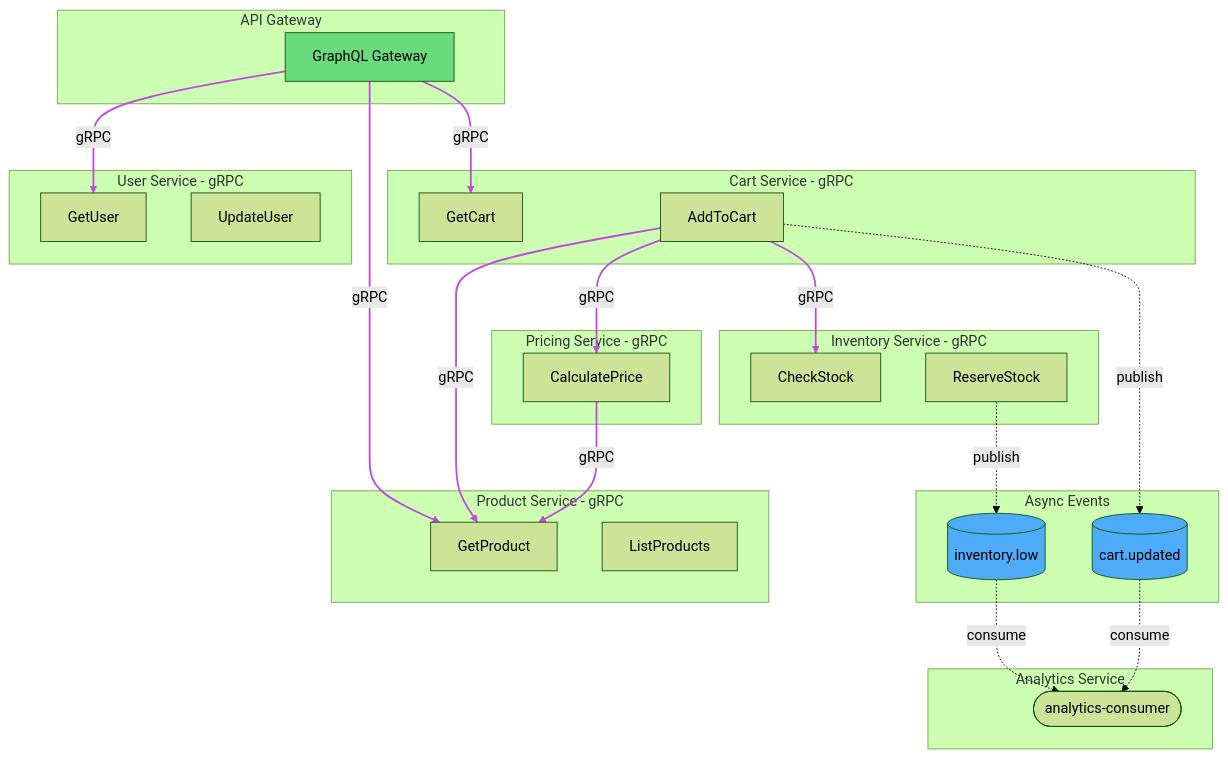
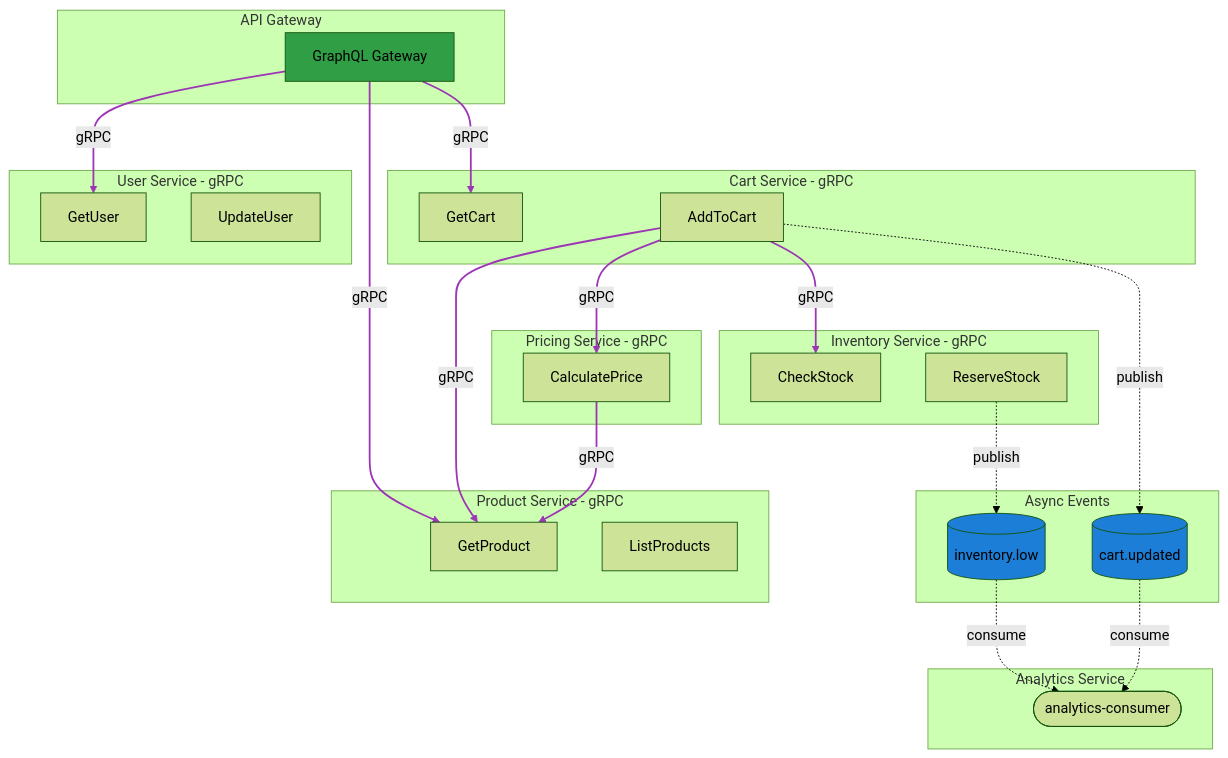
The third of 5 diagrams in examples/service-flow.md (selimabeniacar/gemini-skills), drawn with Mermaid (forest theme) before and after one commit. The commit also changed other lines of this file and 6 other files, not shown here.

Commit message:
Add /flow skill for generating flow diagrams

````diff
--- a/examples/service-flow.md
+++ b/examples/service-flow.md
@@ -204,60 +204,60 @@
 ```mermaid
 flowchart TD
-    subgraph Gateway [API Gateway]
+    subgraph gateway ["API Gateway"]
         GW[GraphQL Gateway]
     end
 
-    subgraph UserService [User Service - gRPC]
+    subgraph user-service ["User Service - gRPC"]
         U1[GetUser]
         U2[UpdateUser]
     end
 
-    subgraph ProductService [Product Service - gRPC]
+    subgraph product-service ["Product Service - gRPC"]
         PR1[GetProduct]
         PR2[ListProducts]
     end
 
-    subgraph CartService [Cart Service - gRPC]
+    subgraph cart-service ["Cart Service - gRPC"]
         CA1[GetCart]
         CA2[AddToCart]
     end
 
-    subgraph PricingService [Pricing Service - gRPC]
+    subgraph pricing-service ["Pricing Service - gRPC"]
         PI1[CalculatePrice]
     end
 
-    subgraph InventoryService [Inventory Service - gRPC]
+    subgraph inventory-service ["Inventory Service - gRPC"]
         IN1[CheckStock]
         IN2[ReserveStock]
     end
 
-    subgraph Kafka [Async Events]
+    subgraph kafka ["Async Events"]
         T1[(cart.updated)]
         T2[(inventory.low)]
     end
 
-    subgraph Analytics [Analytics Service]
+    subgraph analytics ["Analytics Service"]
         A1([analytics-consumer])
     end
 
     %% ALL gRPC calls are SYNC - use ==>
     GW ==>|gRPC| U1
     GW ==>|gRPC| PR1
     GW ==>|gRPC| CA1
     CA2 ==>|gRPC| PR1
     CA2 ==>|gRPC| PI1
     CA2 ==>|gRPC| IN1
     PI1 ==>|gRPC| PR1
 
     %% Async events - use -.->
     CA2 -.->|publish| T1
     IN2 -.->|publish| T2
     T1 -.->|consume| A1
     T2 -.->|consume| A1
 
     %% Styling
-    style GW fill:#69db7c
-    style T1 fill:#4dabf7
-    style T2 fill:#4dabf7
-    linkStyle 0,1,2,3,4,5,6 stroke:#be4bdb,stroke-width:2px
+    style GW fill:#2f9e44
+    style T1 fill:#1c7ed6
+    style T2 fill:#1c7ed6
+    linkStyle 0,1,2,3,4,5,6 stroke:#9c36b5,stroke-width:2px
 ```
````
